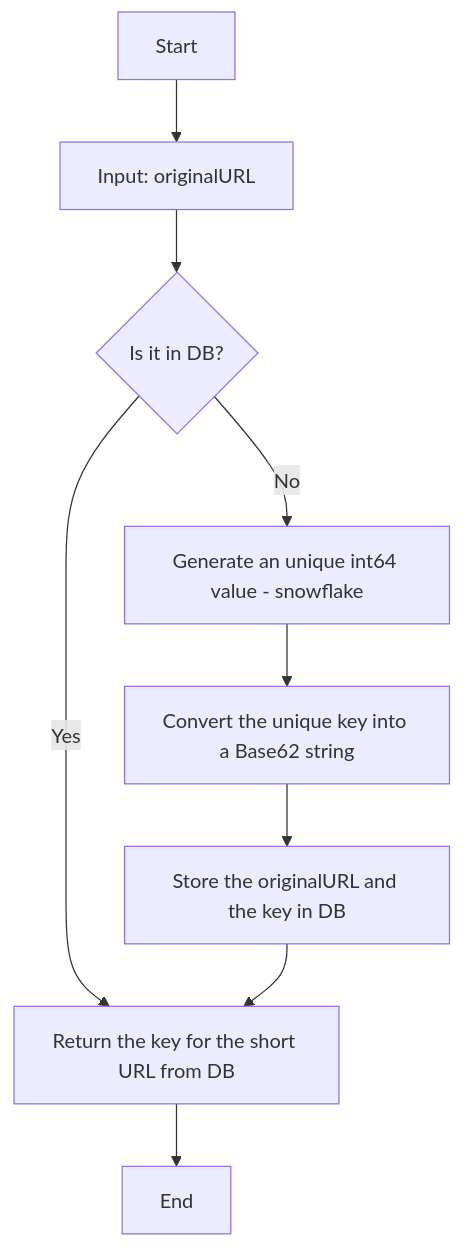
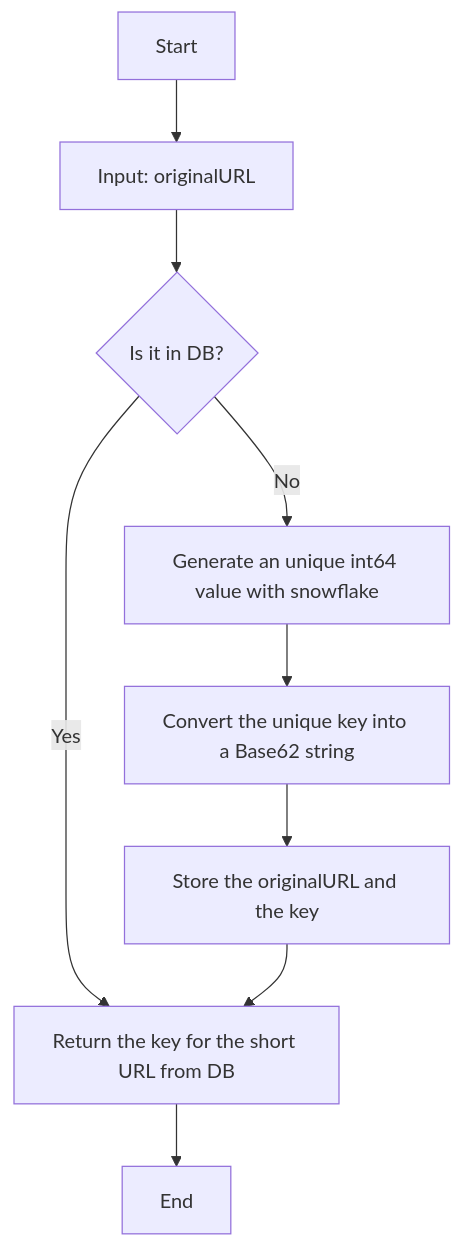
One commit to Curt-Park/url-shortener changed the first of 3 diagrams in README.md. Above: the diagram before and after it, drawn with Mermaid. The commit also changed other lines of this file, not shown here.

````diff
--- a/README.md
+++ b/README.md
@@ -16,11 +37,11 @@
 ```mermaid
 flowchart TD
   Start --> A
   A[Input: originalURL] --> B{Is it in DB?}
   B -->|Yes| C[Return the key for the short URL from DB]
-  B -->|No| D[Generate an unique int64 value - snowflake]
+  B -->|No| D[Generate an unique int64 value with snowflake]
   D --> E[Convert the unique key into a Base62 string]
-  E --> F[Store the originalURL and the key in DB]
+  E --> F[Store the originalURL and the key]
   F --> C
   C --> End
 ```
````
